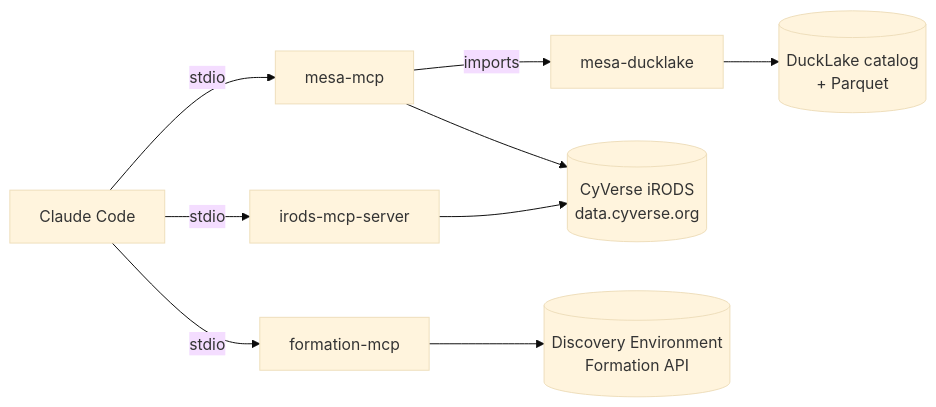
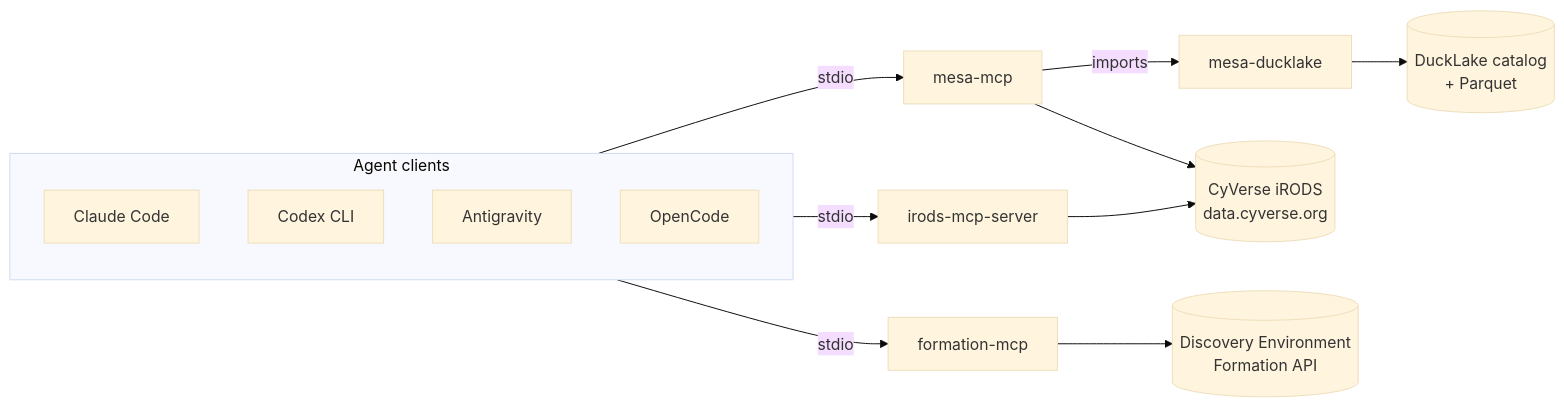
One commit to idss-mesa/docs changed the diagram in docs/index.md. Above: the diagram before and after it, drawn with Mermaid (base theme). The commit also changed other lines of this file and 16 other files, not shown here.

First line of the commit message:
Add multi-client install (Claude Code, Codex, Antigravity, OpenCode) + OKF docs

````diff
--- a/docs/index.md
+++ b/docs/index.md
@@ -40,11 +55,17 @@
 ```mermaid
 graph LR
-  CC[Claude Code] -->|stdio| M[mesa-mcp]
-  CC -->|stdio| I[irods-mcp-server]
-  CC -->|stdio| F[formation-mcp]
+  subgraph clients [Agent clients]
+    CC[Claude Code]
+    CX[Codex CLI]
+    AG[Antigravity]
+    OC[OpenCode]
+  end
+  clients -->|stdio| M[mesa-mcp]
+  clients -->|stdio| I[irods-mcp-server]
+  clients -->|stdio| F[formation-mcp]
   M -->|imports| D[mesa-ducklake]
   M --> IR[(CyVerse iRODS<br/>data.cyverse.org)]
   I --> IR
   F --> DE[(Discovery Environment<br/>Formation API)]
   D --> PQ[(DuckLake catalog<br/>+ Parquet)]
 ```
````
